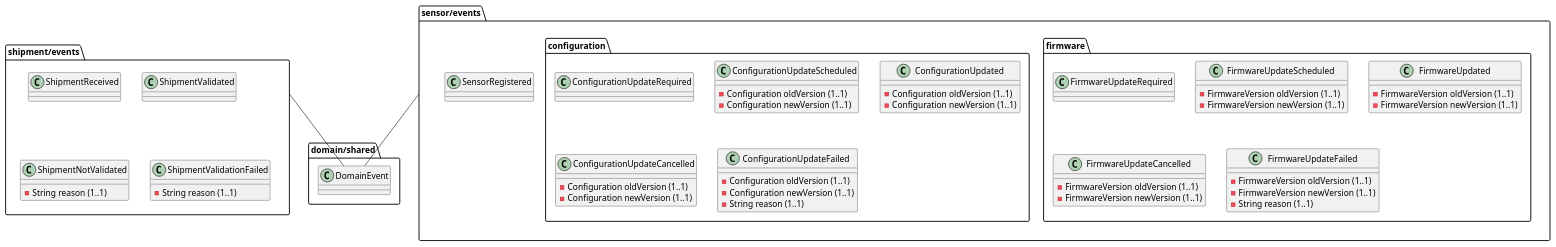
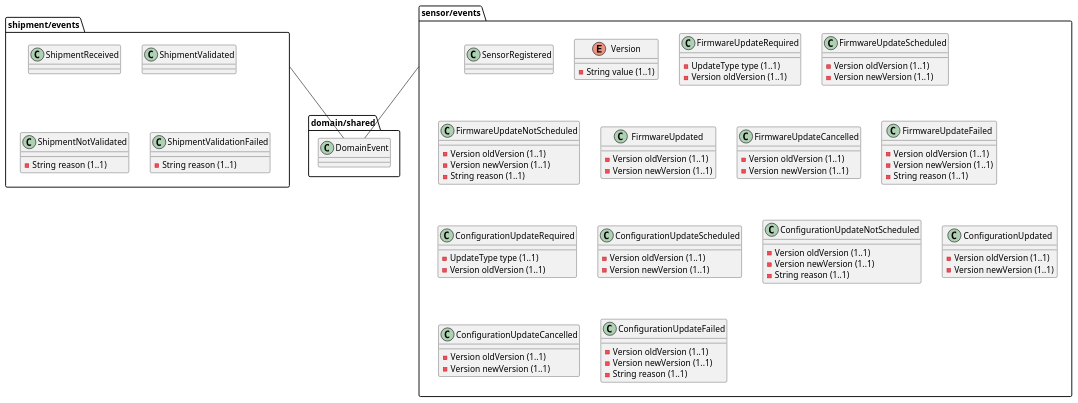
Before and after one commit to AboutCodingBE/validation-excercise: the diagram in docs/diagrams/DomainEvents.puml, drawn with PlantUML. The commit also changed 12 other files, not shown here.

```diff
--- a/docs/diagrams/DomainEvents.puml
+++ b/docs/diagrams/DomainEvents.puml
@@ -1,82 +1,98 @@
 @startuml
 
 package domain/shared as ds {
   class DomainEvent
 }
 
 package shipment/events as she {
   class ShipmentReceived {
   }
 
   class ShipmentValidated {
   }
 
   class ShipmentNotValidated {
     -String reason (1..1)
   }
 
   class ShipmentValidationFailed {
     -String reason (1..1)
   }
-
 }
 
 package sensor/events as see {
   class SensorRegistered {}
 
-  package firmware {
-      class FirmwareUpdateRequired
-
-      class FirmwareUpdateScheduled {
-        -FirmwareVersion oldVersion (1..1)
-        -FirmwareVersion newVersion (1..1)
-      }
-
-      class FirmwareUpdated {
-        -FirmwareVersion oldVersion (1..1)
-        -FirmwareVersion newVersion (1..1)
-      }
-
-      class FirmwareUpdateCancelled {
-        -FirmwareVersion oldVersion (1..1)
-        -FirmwareVersion newVersion (1..1)
-      }
-
-      class FirmwareUpdateFailed {
-        -FirmwareVersion oldVersion (1..1)
-        -FirmwareVersion newVersion (1..1)
-        -String reason (1..1)
-      }
+  enum Version {
+    -String value (1..1)
   }
 
-  package configuration {
+  class FirmwareUpdateRequired {
+    -UpdateType type (1..1)
+    -Version oldVersion (1..1)
+  }
 
-    class ConfigurationUpdateRequired
+  class FirmwareUpdateScheduled {
+    -Version oldVersion (1..1)
+    -Version newVersion (1..1)
+  }
 
-    class ConfigurationUpdateScheduled {
-      -Configuration oldVersion (1..1)
-      -Configuration newVersion (1..1)
+  class FirmwareUpdateNotScheduled {
+      -Version oldVersion (1..1)
+      -Version newVersion (1..1)
+      -String reason (1..1)
     }
 
-    class ConfigurationUpdated {
-      -Configuration oldVersion (1..1)
-      -Configuration newVersion (1..1)
-    }
+  class FirmwareUpdated {
+    -Version oldVersion (1..1)
+    -Version newVersion (1..1)
+  }
 
-    class ConfigurationUpdateCancelled {
-      -Configuration oldVersion (1..1)
-      -Configuration newVersion (1..1)
-    }
+  class FirmwareUpdateCancelled {
+    -Version oldVersion (1..1)
+    -Version newVersion (1..1)
+  }
 
-    class ConfigurationUpdateFailed {
-      -Configuration oldVersion (1..1)
-      -Configuration newVersion (1..1)
-      -String reason (1..1)
-    }
+  class FirmwareUpdateFailed {
+    -Version oldVersion (1..1)
+    -Version newVersion (1..1)
+    -String reason (1..1)
+  }
+  
+  class ConfigurationUpdateRequired {
+    -UpdateType type (1..1)
+    -Version oldVersion (1..1)
+  }
+
+  class ConfigurationUpdateScheduled {
+    -Version oldVersion (1..1)
+    -Version newVersion (1..1)
+  }
+
+  class ConfigurationUpdateNotScheduled {
+    -Version oldVersion (1..1)
+    -Version newVersion (1..1)
+    -String reason (1..1)
+  }
+  
+  class ConfigurationUpdated {
+    -Version oldVersion (1..1)
+    -Version newVersion (1..1)
+  }
+  
+  class ConfigurationUpdateCancelled {
+    -Version oldVersion (1..1)
+    -Version newVersion (1..1)
+  }
+  
+  class ConfigurationUpdateFailed {
+    -Version oldVersion (1..1)
+    -Version newVersion (1..1)
+    -String reason (1..1)
   }
 }
 
 she -- DomainEvent
 see -- DomainEvent
 
 @enduml
```
